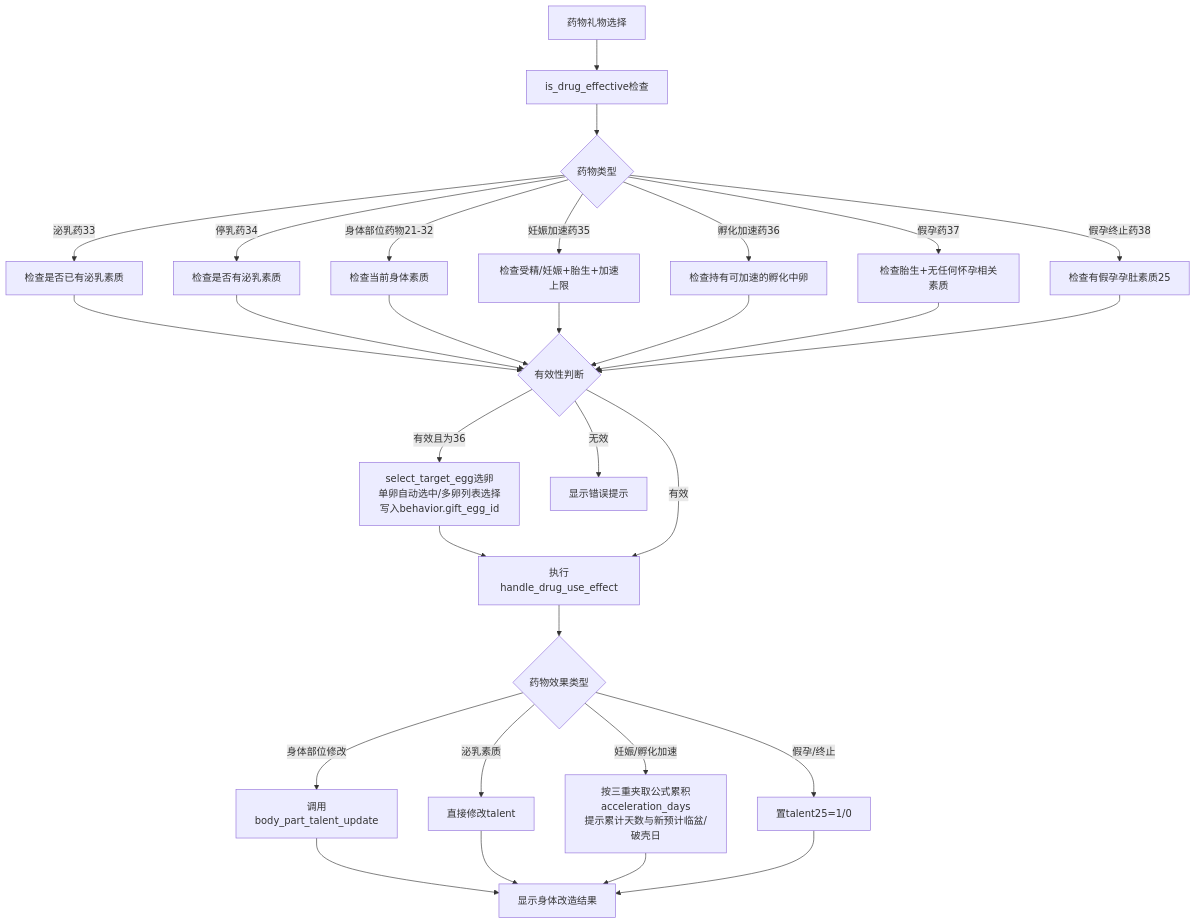
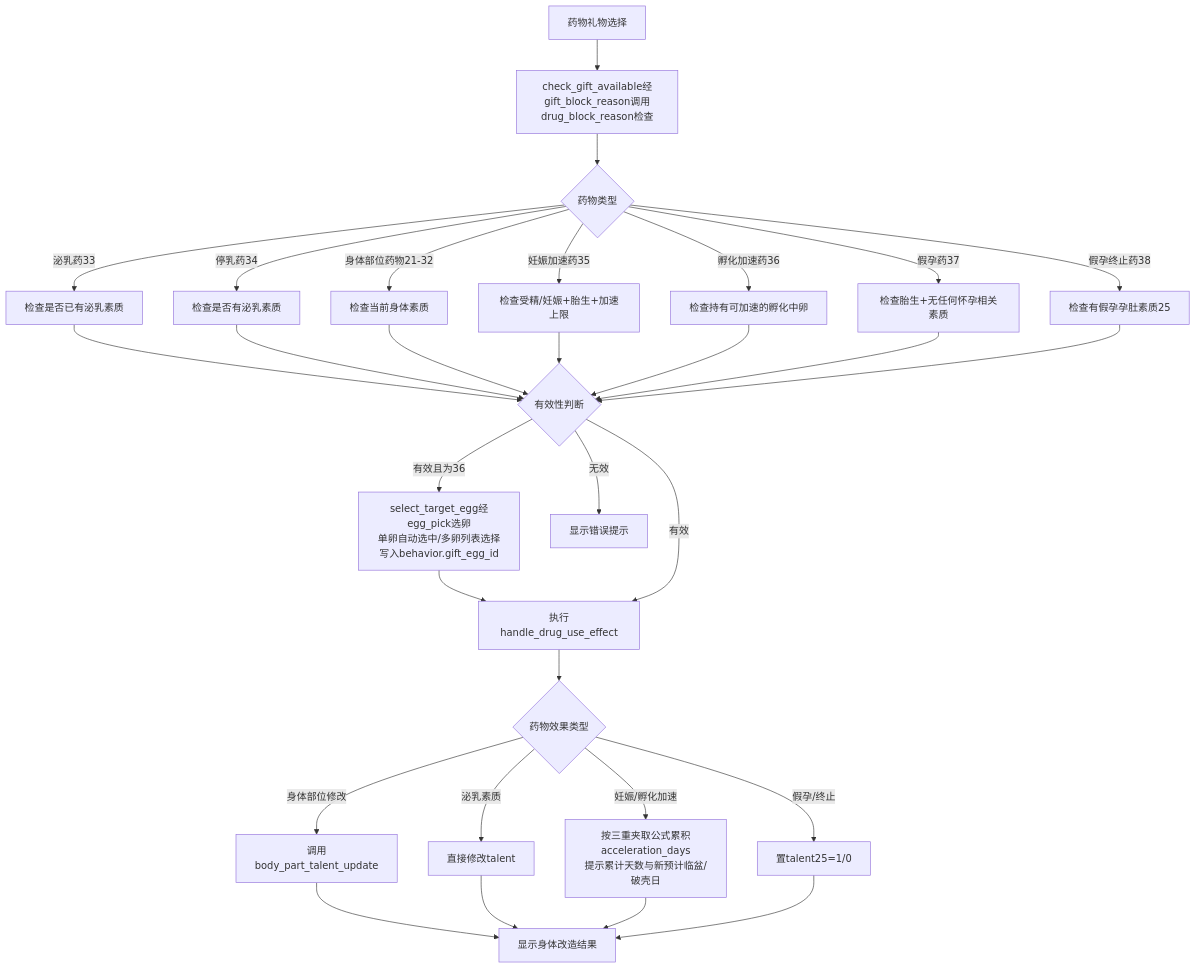
One commit to meower-z/erArk changed the third of 3 diagrams in docs/数据处理工作流/礼物系统.md. Above: the diagram before and after it, drawn with Mermaid. The commit also changed other lines of this file and 6 other files, not shown here.

````diff
--- a/docs/数据处理工作流/礼物系统.md
+++ b/docs/数据处理工作流/礼物系统.md
@@ -158,32 +169,32 @@
 ```mermaid
 graph TD
-    A[药物礼物选择] --> B[is_drug_effective检查]
+    A[药物礼物选择] --> B[check_gift_available经gift_block_reason调用drug_block_reason检查]
     B --> C{药物类型}
     C -->|泌乳药33| D[检查是否已有泌乳素质]
     C -->|停乳药34| E[检查是否有泌乳素质]
     C -->|身体部位药物21-32| F[检查当前身体素质]
     C -->|妊娠加速药35| F2[检查受精/妊娠+胎生+加速上限]
     C -->|孵化加速药36| F3[检查持有可加速的孵化中卵]
     C -->|假孕药37| F4[检查胎生+无任何怀孕相关素质]
     C -->|假孕终止药38| F5[检查有假孕孕肚素质25]
     D --> G{有效性判断}
     E --> G
     F --> G
     F2 --> G
     F3 --> G
     F4 --> G
     F5 --> G
-    G -->|有效且为36| S[select_target_egg选卵<br/>单卵自动选中/多卵列表选择<br/>写入behavior.gift_egg_id]
+    G -->|有效且为36| S[select_target_egg经egg_pick选卵<br/>单卵自动选中/多卵列表选择<br/>写入behavior.gift_egg_id]
     S --> H
     G -->|有效| H[执行handle_drug_use_effect]
     G -->|无效| I[显示错误提示]
     H --> J{药物效果类型}
     J -->|身体部位修改| K[调用body_part_talent_update]
     J -->|泌乳素质| L[直接修改talent]
     J -->|妊娠/孵化加速| N[按三重夹取公式累积acceleration_days<br/>提示累计天数与新预计临盆/破壳日]
     J -->|假孕/终止| O[置talent25=1/0]
     K --> M[显示身体改造结果]
     L --> M
     N --> M
     O --> M
 ```
````
